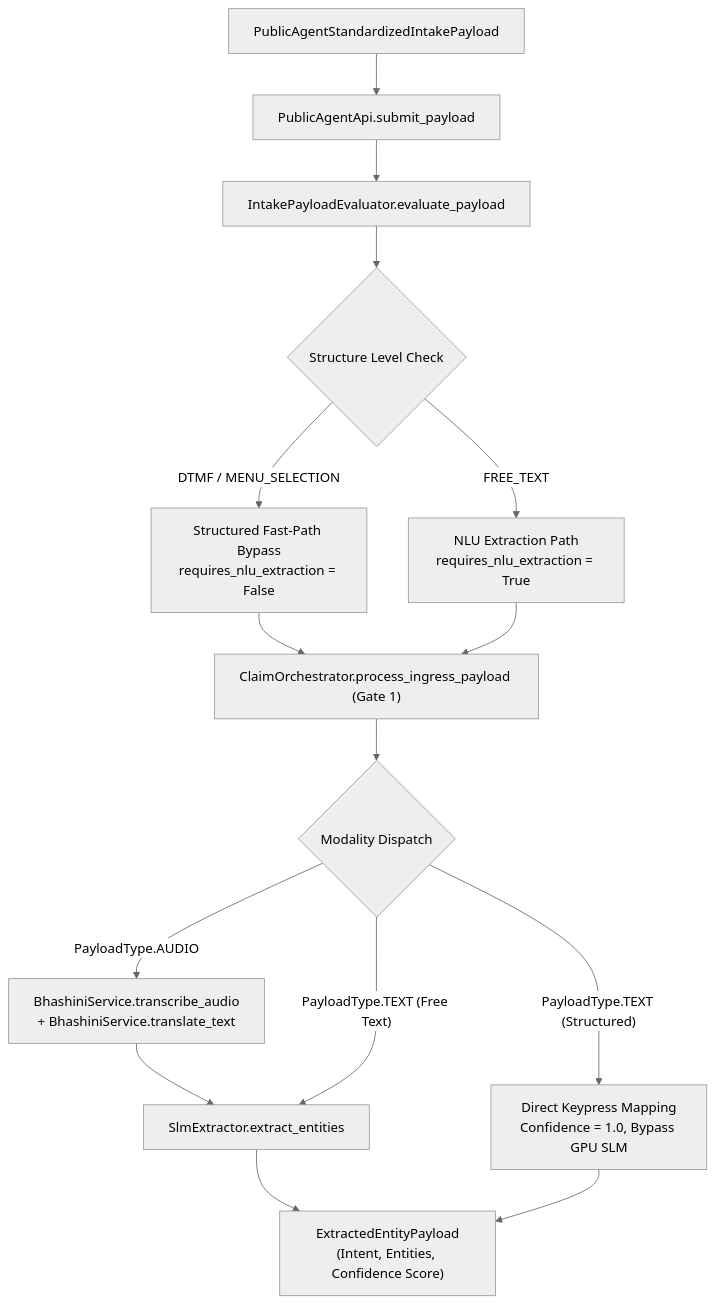
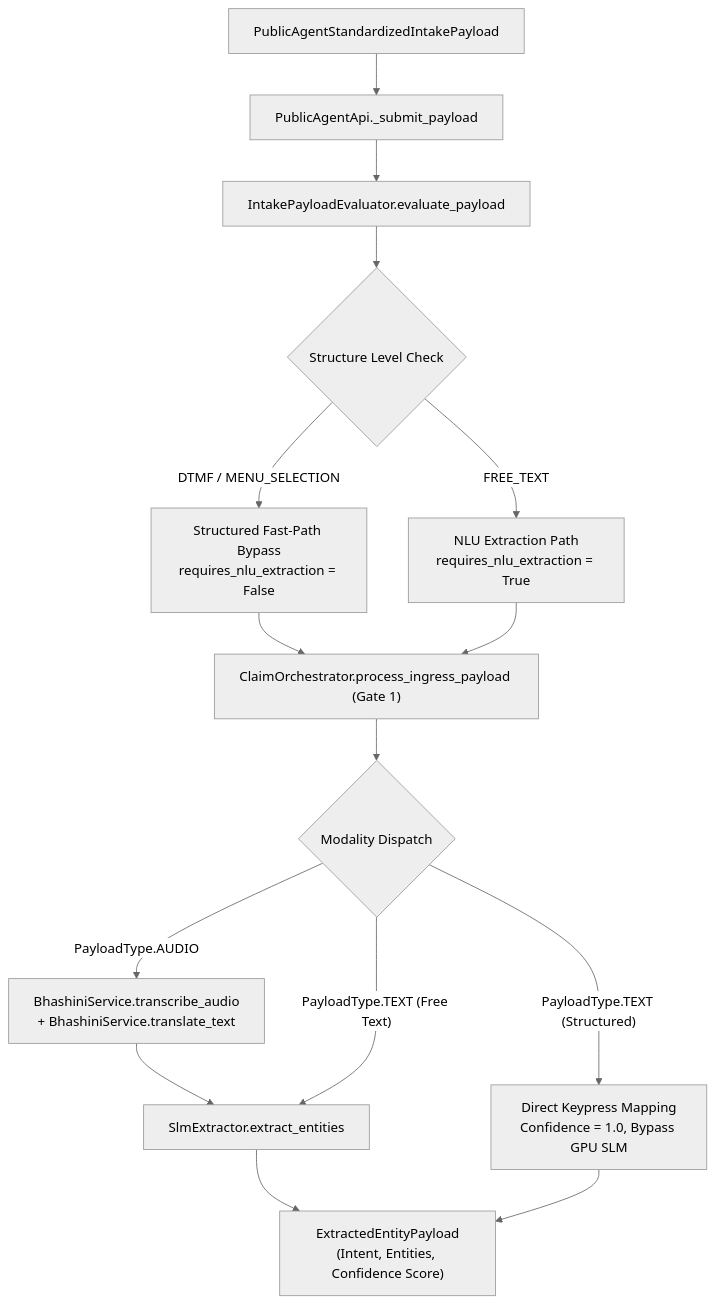
The third of 6 diagrams in docs/end_to_end_code_flow.md (gargmishu/agristack-dbt-core), drawn with Mermaid (neutral theme) before and after one commit. The commit also changed other lines of this file and 2 other files, not shown here.

Commit message:
refactor: make internal PublicAgentApi methods private and update documentation accordingly

````diff
--- a/docs/end_to_end_code_flow.md
+++ b/docs/end_to_end_code_flow.md
@@ -126,21 +126,21 @@
 ```mermaid
 flowchart TD
-    H["PublicAgentStandardizedIntakePayload"] --> I["PublicAgentApi.submit_payload"]
+    H["PublicAgentStandardizedIntakePayload"] --> I["PublicAgentApi._submit_payload"]
     I --> J["IntakePayloadEvaluator.evaluate_payload"]
     
     J --> K{"Structure Level Check"}
     K -- "DTMF / MENU_SELECTION" --> L["Structured Fast-Path Bypass<br/>requires_nlu_extraction = False"]
     K -- "FREE_TEXT" --> M["NLU Extraction Path<br/>requires_nlu_extraction = True"]
     
     L --> N["ClaimOrchestrator.process_ingress_payload (Gate 1)"]
     M --> N
 
     N --> O{"Modality Dispatch"}
     O -- "PayloadType.AUDIO" --> P["BhashiniService.transcribe_audio<br/>+ BhashiniService.translate_text"]
     P --> Q["SlmExtractor.extract_entities"]
     O -- "PayloadType.TEXT (Structured)" --> R["Direct Keypress Mapping<br/>Confidence = 1.0, Bypass GPU SLM"]
     O -- "PayloadType.TEXT (Free Text)" --> Q
     
     Q --> S["ExtractedEntityPayload<br/>(Intent, Entities, Confidence Score)"]
     R --> S
 ```
````
